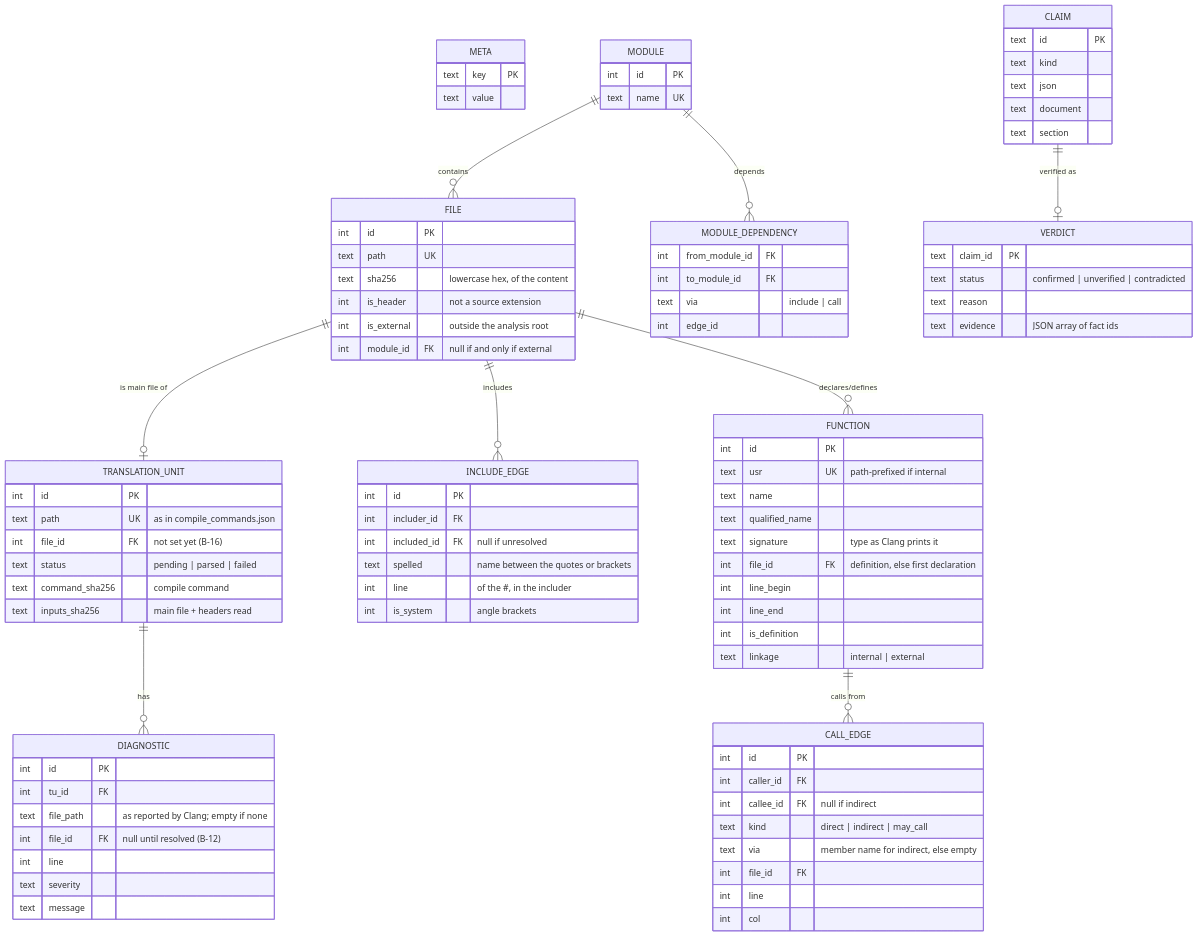
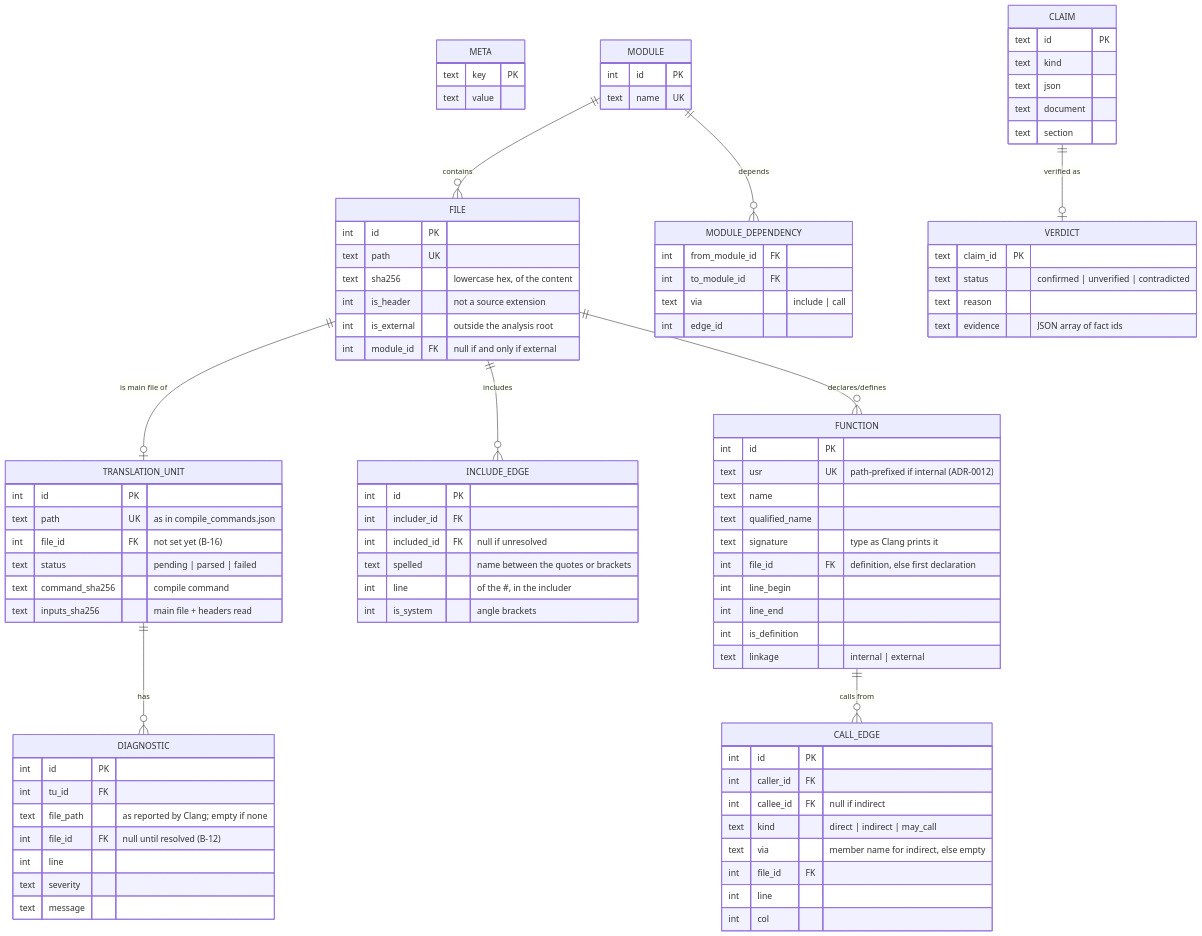
The diagram in docs/architecture/data-model.md (Tomek52/legacy-cartographer), drawn with Mermaid before and after one commit. The commit also changed other lines of this file and 12 other files, not shown here.

```diff
--- a/docs/architecture/data-model.md
+++ b/docs/architecture/data-model.md
@@ -52,7 +52,7 @@
     }
     FUNCTION {
         int id PK
-        text usr UK "path-prefixed if internal"
+        text usr UK "path-prefixed if internal (ADR-0012)"
         text name
         text qualified_name
         text signature "type as Clang prints it"
```
